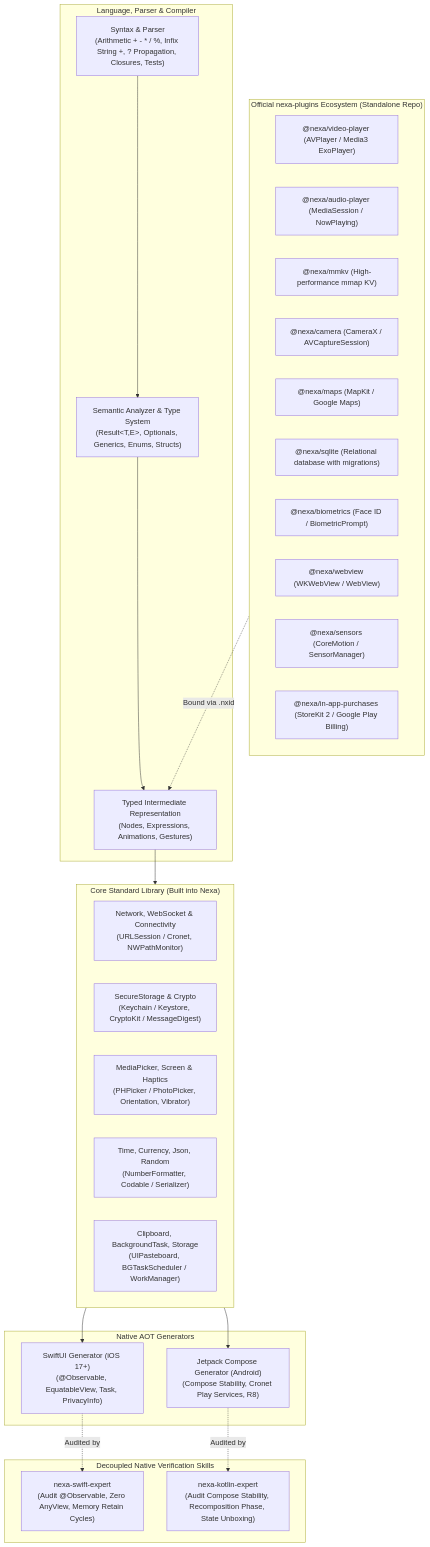
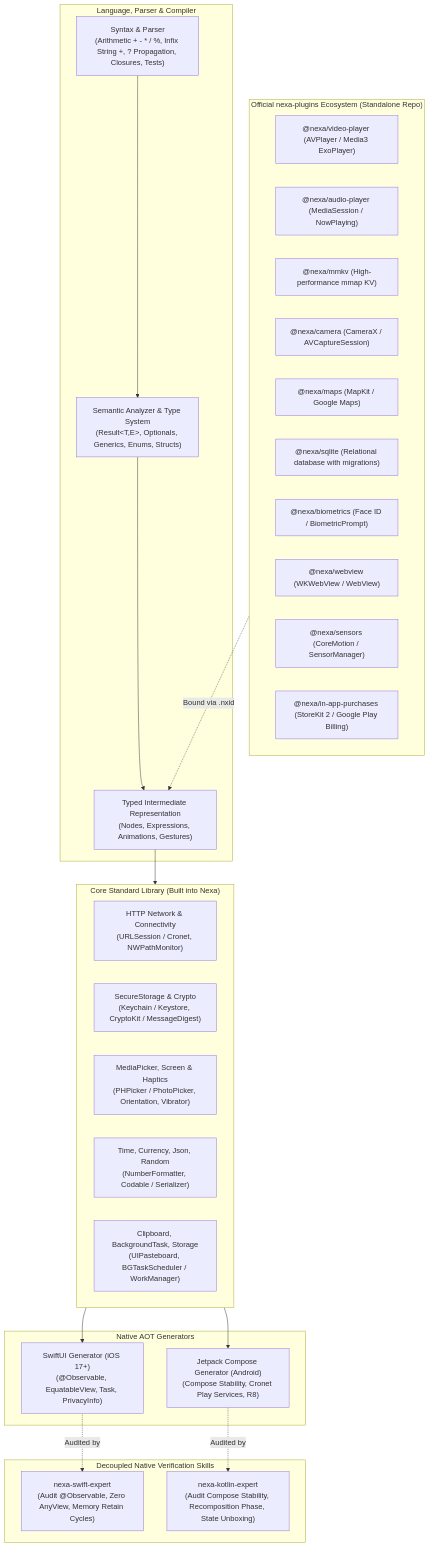
The diagram in nexa_v1_roadmap.md (pigeonmal/nexa), drawn with Mermaid before and after one commit. The commit also changed other lines of this file and 12 other files, not shown here.

````diff
--- a/nexa_v1_roadmap.md
+++ b/nexa_v1_roadmap.md
@@ -30,47 +30,47 @@
 ```mermaid
 graph TD
     subgraph Frontend["Language, Parser & Compiler"]
         Syntax["Syntax & Parser<br/>(Arithmetic + - * / %, Infix String +, ? Propagation, Closures, Tests)"]
         Semantics["Semantic Analyzer & Type System<br/>(Result&lt;T,E&gt;, Optionals, Generics, Enums, Structs)"]
         IR["Typed Intermediate Representation<br/>(Nodes, Expressions, Animations, Gestures)"]
     end
 
     subgraph CoreLibraries["Core Standard Library (Built into Nexa)"]
-        NetComms["Network, WebSocket & Connectivity<br/>(URLSession / Cronet, NWPathMonitor)"]
+        NetComms["HTTP Network & Connectivity<br/>(URLSession / Cronet, NWPathMonitor)"]
         Security["SecureStorage & Crypto<br/>(Keychain / Keystore, CryptoKit / MessageDigest)"]
         MediaHardware["MediaPicker, Screen & Haptics<br/>(PHPicker / PhotoPicker, Orientation, Vibrator)"]
         FormatUtils["Time, Currency, Json, Random<br/>(NumberFormatter, Codable / Serializer)"]
         SystemServices["Clipboard, BackgroundTask, Storage<br/>(UIPasteboard, BGTaskScheduler / WorkManager)"]
     end
 
     subgraph NativeBackends["Native AOT Generators"]
         SwiftBackend["SwiftUI Generator (iOS 17+)<br/>(@Observable, EquatableView, Task, PrivacyInfo)"]
         KotlinBackend["Jetpack Compose Generator (Android)<br/>(Compose Stability, Cronet Play Services, R8)"]
     end
 
     subgraph Verification["Decoupled Native Verification Skills"]
         SwiftExpert["nexa-swift-expert<br/>(Audit @Observable, Zero AnyView, Memory Retain Cycles)"]
         KotlinExpert["nexa-kotlin-expert<br/>(Audit Compose Stability, Recomposition Phase, State Unboxing)"]
     end
 
     subgraph OfficialPlugins["Official nexa-plugins Ecosystem (Standalone Repo)"]
         Video["@nexa/video-player (AVPlayer / Media3 ExoPlayer)"]
         Audio["@nexa/audio-player (MediaSession / NowPlaying)"]
         MMKV["@nexa/mmkv (High-performance mmap KV)"]
         Camera["@nexa/camera (CameraX / AVCaptureSession)"]
         Maps["@nexa/maps (MapKit / Google Maps)"]
         SQLite["@nexa/sqlite (Relational database with migrations)"]
         Biometrics["@nexa/biometrics (Face ID / BiometricPrompt)"]
         WebView["@nexa/webview (WKWebView / WebView)"]
         Sensors["@nexa/sensors (CoreMotion / SensorManager)"]
         IAP["@nexa/in-app-purchases (StoreKit 2 / Google Play Billing)"]
     end
 
     Syntax --> Semantics --> IR
     IR --> CoreLibraries
     CoreLibraries --> SwiftBackend
     CoreLibraries --> KotlinBackend
     SwiftBackend -. "Audited by" .-> SwiftExpert
     KotlinBackend -. "Audited by" .-> KotlinExpert
     OfficialPlugins -. "Bound via .nxid" .-> IR
 ```
````
